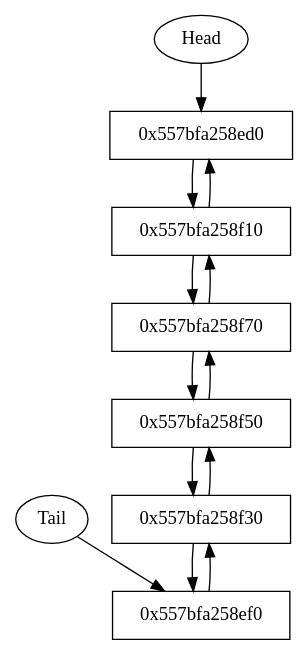
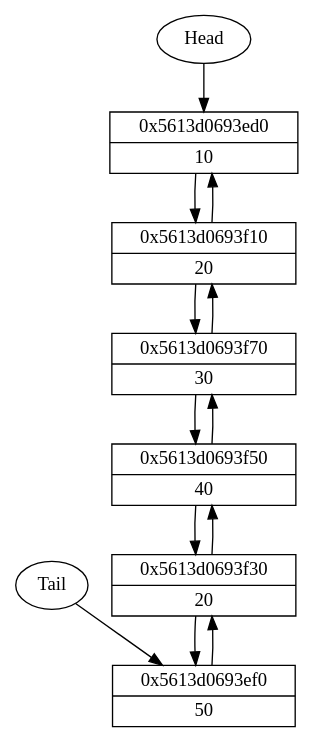
The diagram in DoublyLinkedListedClassic/cmake-build-debug/dump.dot (AlgebraicWolf/FPMI_1sem_programming_homework), drawn with Graphviz before and after one commit. The commit also changed 4 other files, not shown here.

```diff
--- a/DoublyLinkedListedClassic/cmake-build-debug/dump.dot
+++ b/DoublyLinkedListedClassic/cmake-build-debug/dump.dot
@@ -1,20 +1,20 @@
 digraph {
-node0x557bfa258ed0[label="0x557bfa258ed0",shape=box];
-node0x557bfa258f10[label="0x557bfa258f10",shape=box];
-node0x557bfa258ed0 -> node0x557bfa258f10;
-node0x557bfa258f10 -> node0x557bfa258ed0;
-node0x557bfa258f70[label="0x557bfa258f70",shape=box];
-node0x557bfa258f10 -> node0x557bfa258f70;
-node0x557bfa258f70 -> node0x557bfa258f10;
-node0x557bfa258f50[label="0x557bfa258f50",shape=box];
-node0x557bfa258f70 -> node0x557bfa258f50;
-node0x557bfa258f50 -> node0x557bfa258f70;
-node0x557bfa258f30[label="0x557bfa258f30",shape=box];
-node0x557bfa258f50 -> node0x557bfa258f30;
-node0x557bfa258f30 -> node0x557bfa258f50;
-node0x557bfa258ef0[label="0x557bfa258ef0",shape=box];
-node0x557bfa258f30 -> node0x557bfa258ef0;
-node0x557bfa258ef0 -> node0x557bfa258f30;
-Head -> node0x557bfa258ed0;
-Tail -> node0x557bfa258ef0;
+node0x5613d0693ed0[label="{{0x5613d0693ed0}|{10}}",shape=record];
+node0x5613d0693f10[label="{{0x5613d0693f10}|{20}}",shape=record];
+node0x5613d0693ed0 -> node0x5613d0693f10;
+node0x5613d0693f10 -> node0x5613d0693ed0;
+node0x5613d0693f70[label="{{0x5613d0693f70}|{30}}",shape=record];
+node0x5613d0693f10 -> node0x5613d0693f70;
+node0x5613d0693f70 -> node0x5613d0693f10;
+node0x5613d0693f50[label="{{0x5613d0693f50}|{40}}",shape=record];
+node0x5613d0693f70 -> node0x5613d0693f50;
+node0x5613d0693f50 -> node0x5613d0693f70;
+node0x5613d0693f30[label="{{0x5613d0693f30}|{20}}",shape=record];
+node0x5613d0693f50 -> node0x5613d0693f30;
+node0x5613d0693f30 -> node0x5613d0693f50;
+node0x5613d0693ef0[label="{{0x5613d0693ef0}|{50}}",shape=record];
+node0x5613d0693f30 -> node0x5613d0693ef0;
+node0x5613d0693ef0 -> node0x5613d0693f30;
+Head -> node0x5613d0693ed0;
+Tail -> node0x5613d0693ef0;
 }
```
